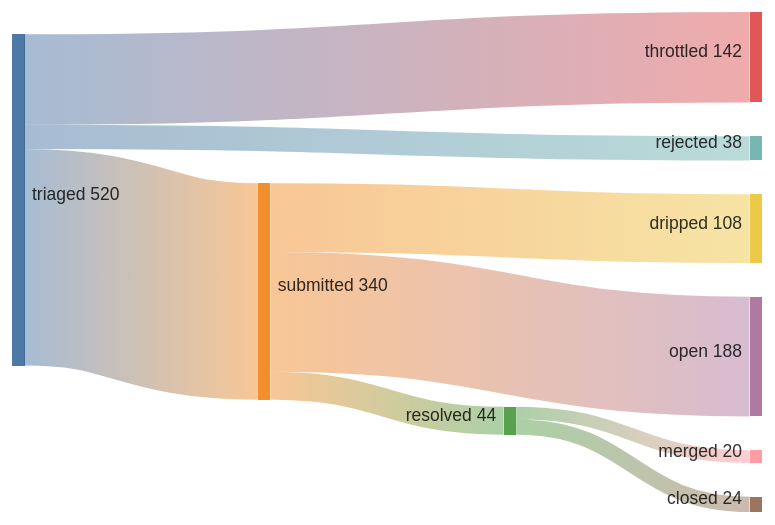
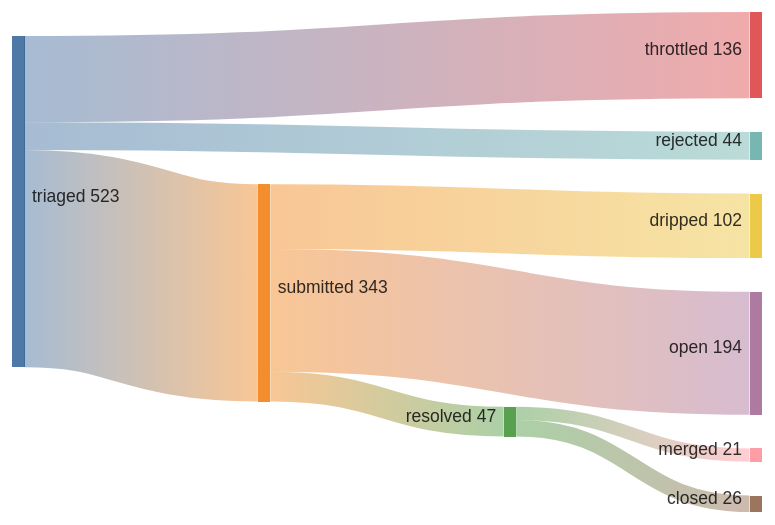
The first of 2 diagrams in README.md (kimjune01/kimjune01), drawn with Mermaid before and after one commit. The commit also changed other lines of this file, not shown here.

Commit message:
stats: 21/47 = 44% (09:13 UTC)

````diff
--- a/README.md
+++ b/README.md
@@ -3,11 +3,11 @@
 ```mermaid
 sankey-beta
-    triaged,    submitted, 340
-    triaged,    throttled, 142
-    triaged,    rejected,  38
-    submitted,  resolved,  44
-    submitted,  dripped,   108
-    submitted,  open,      188
-    resolved,   merged,    20
-    resolved,   closed,    24
+    triaged,    submitted, 343
+    triaged,    throttled, 136
+    triaged,    rejected,  44
+    submitted,  resolved,  47
+    submitted,  dripped,   102
+    submitted,  open,      194
+    resolved,   merged,    21
+    resolved,   closed,    26
 ```
````
